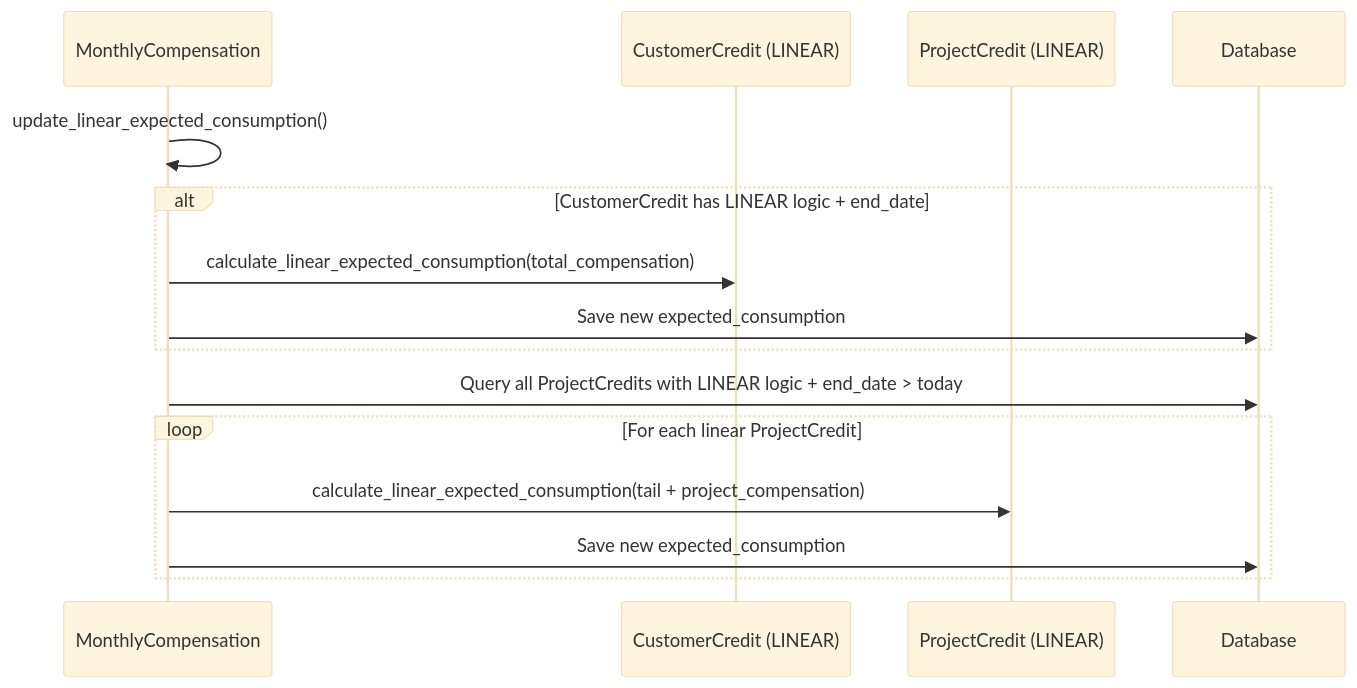
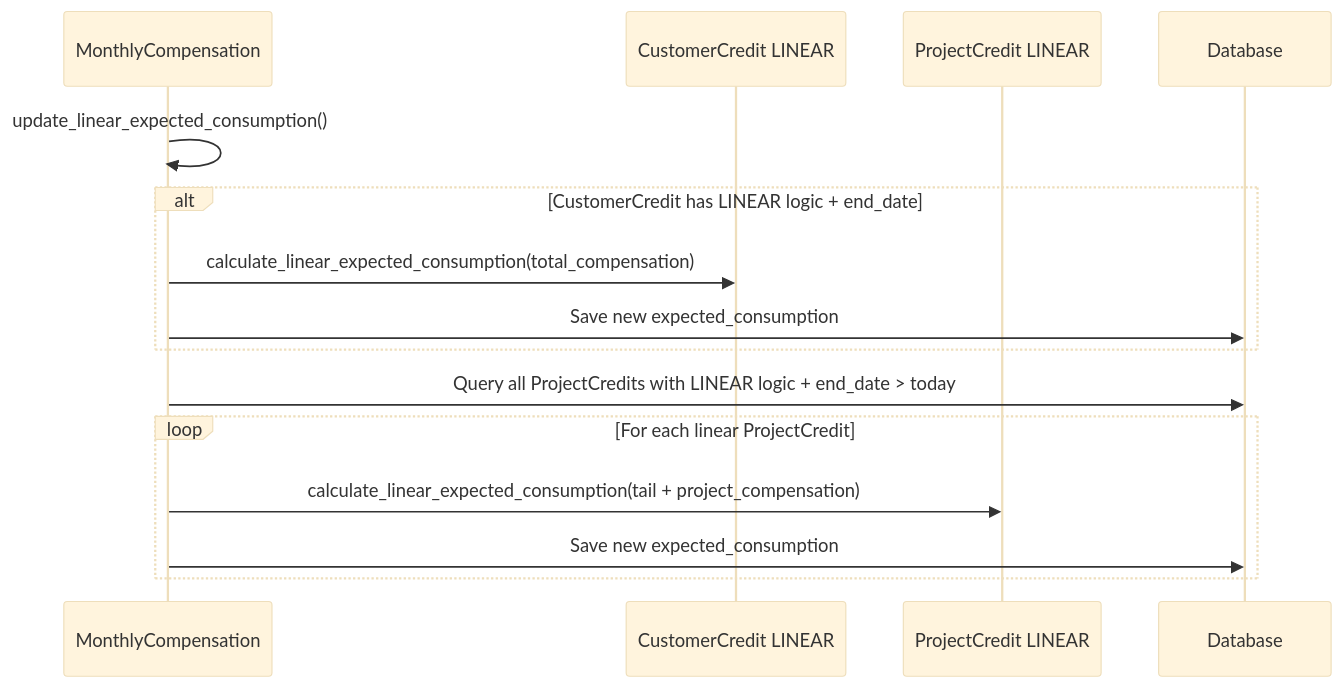
Before and after one commit to waldur/waldur-docs: the sixth of 7 diagrams in docs/developer-guide/guides/billing-and-invoicing.md, drawn with Mermaid (base theme). The commit also changed other lines of this file and 34 other files, not shown here.

````diff
--- a/docs/developer-guide/guides/billing-and-invoicing.md
+++ b/docs/developer-guide/guides/billing-and-invoicing.md
@@ -254,20 +254,20 @@
 ```mermaid
 sequenceDiagram
     participant MC as MonthlyCompensation
-    participant CC as CustomerCredit (LINEAR)
-    participant PC as ProjectCredit (LINEAR)
+    participant CC as CustomerCredit LINEAR
+    participant PC as ProjectCredit LINEAR
     participant DB as Database
 
     MC->>MC: update_linear_expected_consumption()
 
     alt CustomerCredit has LINEAR logic + end_date
         MC->>CC: calculate_linear_expected_consumption(total_compensation)
         MC->>DB: Save new expected_consumption
     end
 
     MC->>DB: Query all ProjectCredits with LINEAR logic + end_date > today
     loop For each linear ProjectCredit
         MC->>PC: calculate_linear_expected_consumption(tail + project_compensation)
         MC->>DB: Save new expected_consumption
     end
 ```
````
